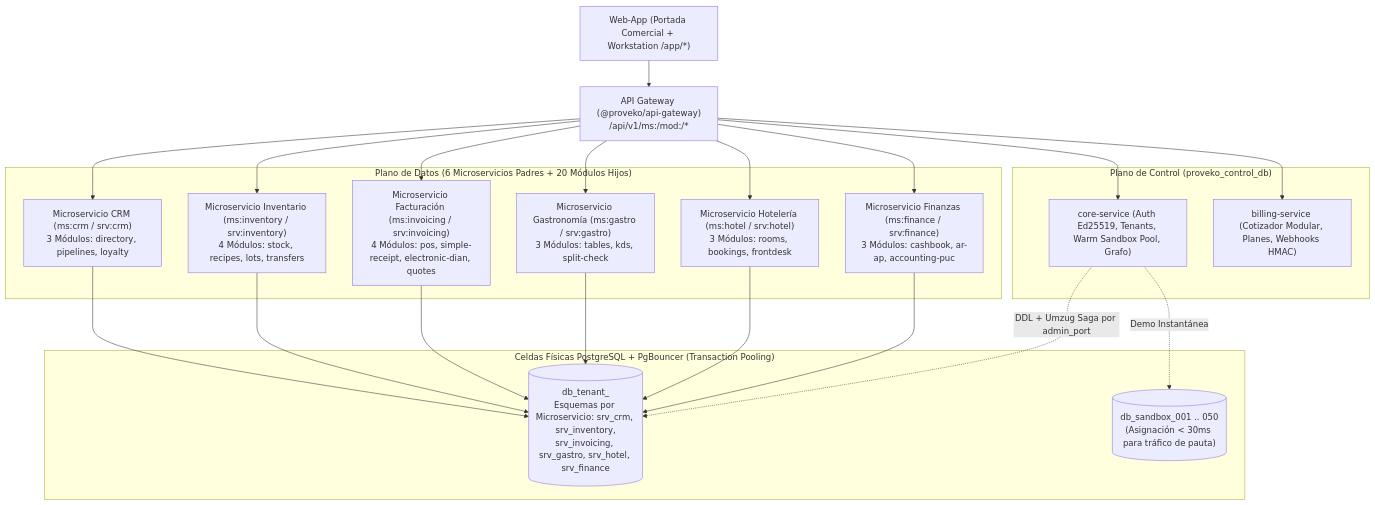
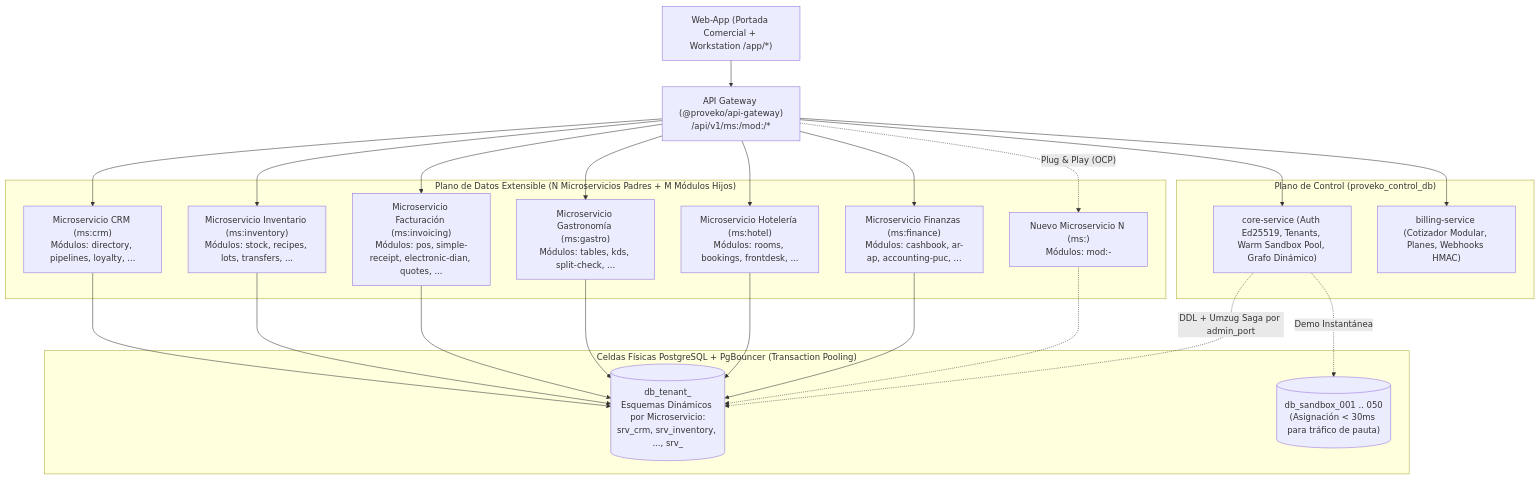
The diagram in README.md (alexmargomez/Proveko), drawn with Mermaid before and after one commit. The commit also changed other lines of this file, not shown here.

````diff
--- a/README.md
+++ b/README.md
@@ -20,41 +21,44 @@
 ```mermaid
 flowchart TD
     Client["Web-App (Portada Comercial + Workstation /app/*)"] --> GW["API Gateway (@proveko/api-gateway)\n/api/v1/ms:<microservicio>/mod:<modulo>/*"]
 
     subgraph ControlPlane["Plano de Control (proveko_control_db)"]
-        CoreSvc["core-service (Auth Ed25519, Tenants, Warm Sandbox Pool, Grafo)"]
+        CoreSvc["core-service (Auth Ed25519, Tenants, Warm Sandbox Pool, Grafo Dinámico)"]
         BillingSvc["billing-service (Cotizador Modular, Planes, Webhooks HMAC)"]
     end
 
-    subgraph DataPlane["Plano de Datos (6 Microservicios Padres + 20 Módulos Hijos)"]
-        SrvCrm["Microservicio CRM (ms:crm / srv:crm)\n3 Módulos: directory, pipelines, loyalty"]
-        SrvInv["Microservicio Inventario (ms:inventory / srv:inventory)\n4 Módulos: stock, recipes, lots, transfers"]
-        SrvFac["Microservicio Facturación (ms:invoicing / srv:invoicing)\n4 Módulos: pos, simple-receipt, electronic-dian, quotes"]
-        SrvGas["Microservicio Gastronomía (ms:gastro / srv:gastro)\n3 Módulos: tables, kds, split-check"]
-        SrvHot["Microservicio Hotelería (ms:hotel / srv:hotel)\n3 Módulos: rooms, bookings, frontdesk"]
-        SrvFin["Microservicio Finanzas (ms:finance / srv:finance)\n3 Módulos: cashbook, ar-ap, accounting-puc"]
+    subgraph DataPlane["Plano de Datos Extensible (N Microservicios Padres + M Módulos Hijos)"]
+        SrvCrm["Microservicio CRM (ms:crm)\nMódulos: directory, pipelines, loyalty, ..."]
+        SrvInv["Microservicio Inventario (ms:inventory)\nMódulos: stock, recipes, lots, transfers, ..."]
+        SrvFac["Microservicio Facturación (ms:invoicing)\nMódulos: pos, simple-receipt, electronic-dian, quotes, ..."]
+        SrvGas["Microservicio Gastronomía (ms:gastro)\nMódulos: tables, kds, split-check, ..."]
+        SrvHot["Microservicio Hotelería (ms:hotel)\nMódulos: rooms, bookings, frontdesk, ..."]
+        SrvFin["Microservicio Finanzas (ms:finance)\nMódulos: cashbook, ar-ap, accounting-puc, ..."]
+        SrvNew["Nuevo Microservicio N (ms:<nuevo-dominio>)\nMódulos: mod:<nuevo-dominio>-<modulo-1..M>"]
     end
 
     subgraph Cells["Celdas Físicas PostgreSQL + PgBouncer (Transaction Pooling)"]
-        CellA[("db_tenant_<id>\nEsquemas por Microservicio: srv_crm, srv_inventory,\nsrv_invoicing, srv_gastro, srv_hotel, srv_finance")]
+        CellA[("db_tenant_<id>\nEsquemas Dinámicos por Microservicio:\nsrv_crm, srv_inventory, ..., srv_<nuevo_dominio>")]
         SandboxCell[("db_sandbox_001 .. 050\n(Asignación < 30ms para tráfico de pauta)")]
     end
 
     GW --> CoreSvc
     GW --> BillingSvc
     GW --> SrvCrm
     GW --> SrvInv
     GW --> SrvFac
     GW --> SrvGas
     GW --> SrvHot
     GW --> SrvFin
+    GW -. "Plug & Play (OCP)" .-> SrvNew
 
     SrvCrm --> CellA
     SrvInv --> CellA
     SrvFac --> CellA
     SrvGas --> CellA
     SrvHot --> CellA
     SrvFin --> CellA
+    SrvNew -.-> CellA
     CoreSvc -. "DDL + Umzug Saga por admin_port" .-> CellA
     CoreSvc -. "Demo Instantánea" .-> SandboxCell
 ```
````
